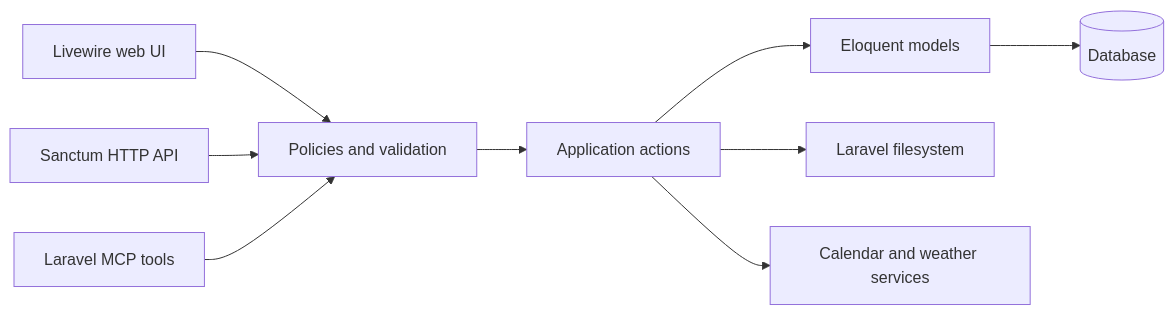
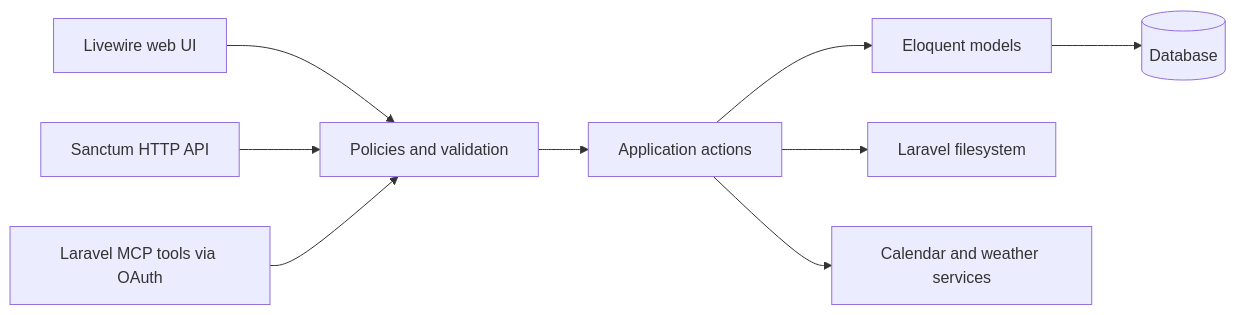
Before and after one commit to techenby/sunny: the diagram in web/docs/developers/architecture.md, drawn with Mermaid. The commit also changed other lines of this file and 25 other files, not shown here.

First line of the commit message:
Let MCP clients connect with OAuth (#77)

````diff
--- a/web/docs/developers/architecture.md
+++ b/web/docs/developers/architecture.md
@@ -12,11 +12,11 @@
 ```mermaid
 flowchart LR
     Web[Livewire web UI] --> Access[Policies and validation]
     API[Sanctum HTTP API] --> Access
-    MCP[Laravel MCP tools] --> Access
+    MCP[Laravel MCP tools via OAuth] --> Access
     Access --> Actions[Application actions]
     Actions --> Models[Eloquent models]
     Models --> Database[(Database)]
     Actions --> Files[Laravel filesystem]
     Actions --> Services[Calendar and weather services]
 ```
````
